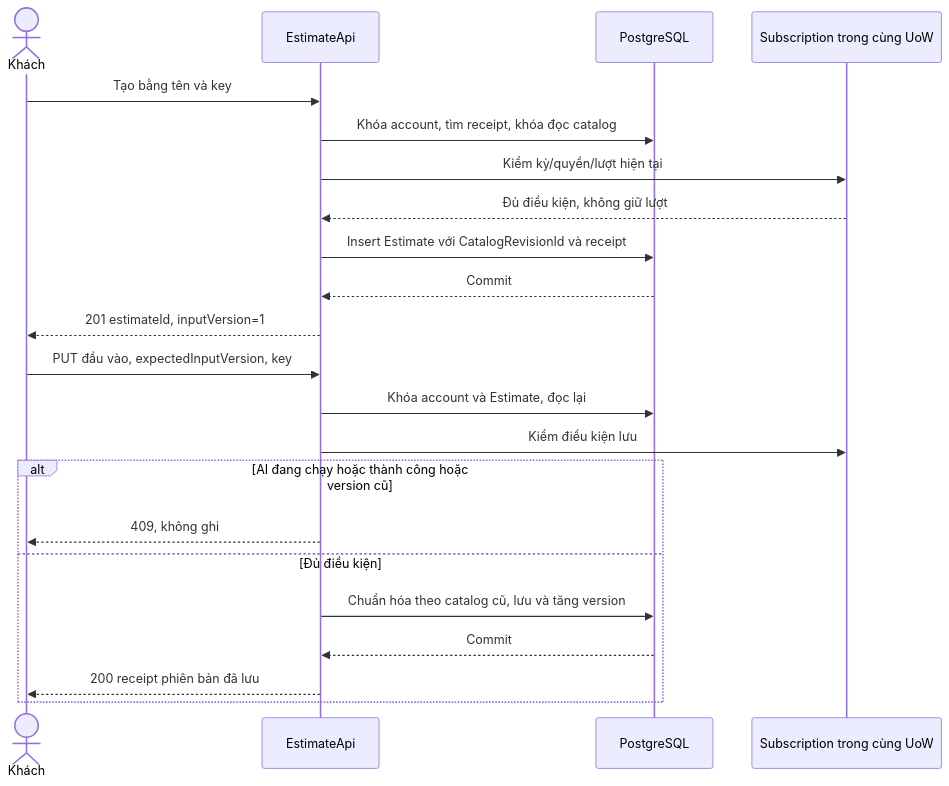
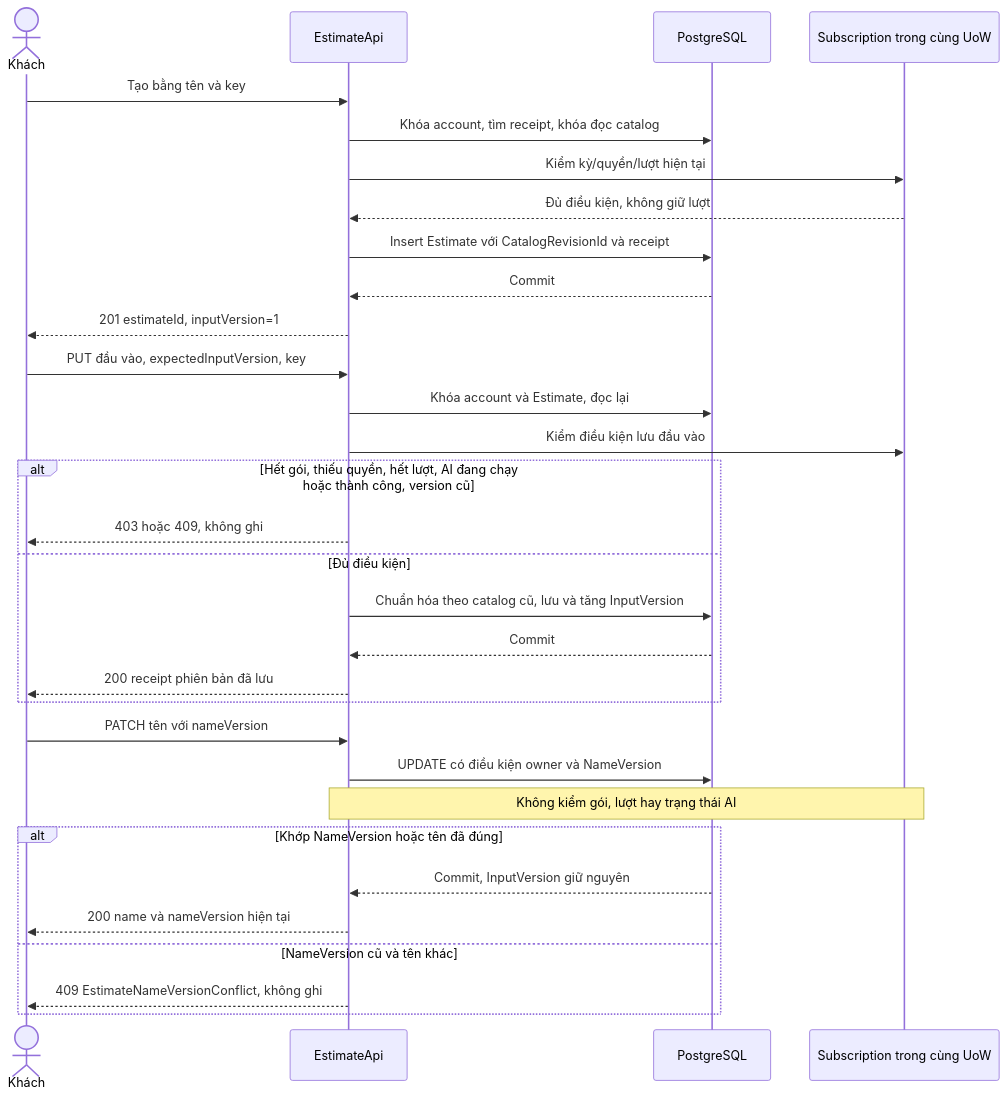
The second of 5 diagrams in tdd/TDD-PROJ-001.md (TaskCoper/bmt-documentation), drawn with Mermaid before and after one commit. The commit also changed other lines of this file and 19 other files, not shown here.

````diff
--- a/tdd/TDD-PROJ-001.md
+++ b/tdd/TDD-PROJ-001.md
@@ -127,24 +135,33 @@
 ```mermaid
 sequenceDiagram
     actor U as Khách
     participant API as EstimateApi
     participant DB as PostgreSQL
     participant Q as Subscription trong cùng UoW
     U->>API: Tạo bằng tên và key
     API->>DB: Khóa account, tìm receipt, khóa đọc catalog
     API->>Q: Kiểm kỳ/quyền/lượt hiện tại
     Q-->>API: Đủ điều kiện, không giữ lượt
     API->>DB: Insert Estimate với CatalogRevisionId và receipt
     DB-->>API: Commit
     API-->>U: 201 estimateId, inputVersion=1
     U->>API: PUT đầu vào, expectedInputVersion, key
     API->>DB: Khóa account và Estimate, đọc lại
-    API->>Q: Kiểm điều kiện lưu
-    alt AI đang chạy hoặc thành công hoặc version cũ
-      API-->>U: 409, không ghi
+    API->>Q: Kiểm điều kiện lưu đầu vào
+    alt Hết gói, thiếu quyền, hết lượt, AI đang chạy hoặc thành công, version cũ
+      API-->>U: 403 hoặc 409, không ghi
     else Đủ điều kiện
-      API->>DB: Chuẩn hóa theo catalog cũ, lưu và tăng version
+      API->>DB: Chuẩn hóa theo catalog cũ, lưu và tăng InputVersion
       DB-->>API: Commit
       API-->>U: 200 receipt phiên bản đã lưu
     end
+    U->>API: PATCH tên với nameVersion
+    API->>DB: UPDATE có điều kiện owner và NameVersion
+    Note over API,Q: Không kiểm gói, lượt hay trạng thái AI
+    alt Khớp NameVersion hoặc tên đã đúng
+      DB-->>API: Commit, InputVersion giữ nguyên
+      API-->>U: 200 name và nameVersion hiện tại
+    else NameVersion cũ và tên khác
+      API-->>U: 409 EstimateNameVersionConflict, không ghi
+    end
 ```
````
